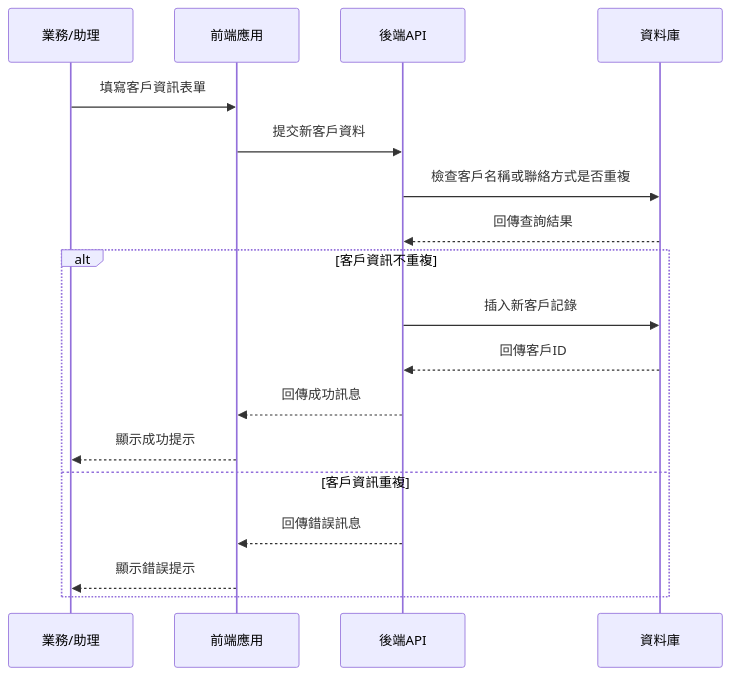
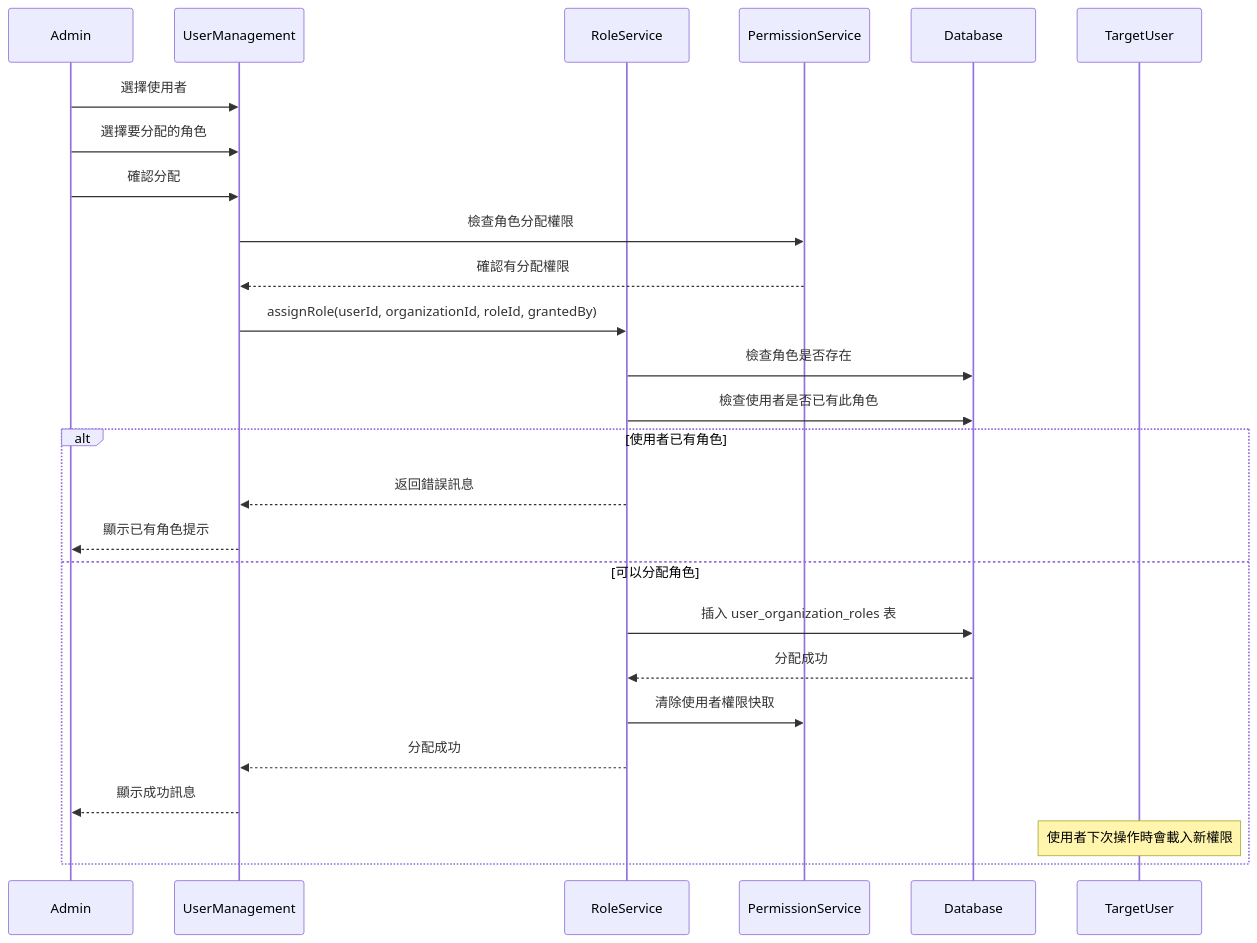
The sixth of 18 diagrams in docs/SEQUENCE_DIAGRAMS.md (quinticechen/qerp-system), drawn with Mermaid before and after one commit. The commit also changed other lines of this file and 9 other files, not shown here.

First line of the commit message:
feat: Enhance organization permission management

````diff
--- a/docs/SEQUENCE_DIAGRAMS.md
+++ b/docs/SEQUENCE_DIAGRAMS.md
@@ -92,21 +162,33 @@
 ```mermaid
 sequenceDiagram
-    participant User as 業務/助理
-    participant Frontend as 前端應用
-    participant API as 後端API
-    participant DB as 資料庫
+    participant A as Admin
+    participant UI as UserManagement
+    participant RS as RoleService
+    participant PS as PermissionService
+    participant DB as Database
+    participant U as TargetUser
 
-    User->>Frontend: 填寫客戶資訊表單
-    Frontend->>API: 提交新客戶資料
-    API->>DB: 檢查客戶名稱或聯絡方式是否重複
-    DB-->>API: 回傳查詢結果
-    alt 客戶資訊不重複
-        API->>DB: 插入新客戶記錄
-        DB-->>API: 回傳客戶ID
-        API-->>Frontend: 回傳成功訊息
-        Frontend-->>User: 顯示成功提示
-    else 客戶資訊重複
-        API-->>Frontend: 回傳錯誤訊息
-        Frontend-->>User: 顯示錯誤提示
+    A->>UI: 選擇使用者
+    A->>UI: 選擇要分配的角色
+    A->>UI: 確認分配
+    
+    UI->>PS: 檢查角色分配權限
+    PS-->>UI: 確認有分配權限
+    
+    UI->>RS: assignRole(userId, organizationId, roleId, grantedBy)
+    RS->>DB: 檢查角色是否存在
+    RS->>DB: 檢查使用者是否已有此角色
+    
+    alt 使用者已有角色
+        RS-->>UI: 返回錯誤訊息
+        UI-->>A: 顯示已有角色提示
+    else 可以分配角色
+        RS->>DB: 插入 user_organization_roles 表
+        DB-->>RS: 分配成功
+        RS->>PS: 清除使用者權限快取
+        RS-->>UI: 分配成功
+        UI-->>A: 顯示成功訊息
+        
+        Note over U: 使用者下次操作時會載入新權限
     end
 ```
````
